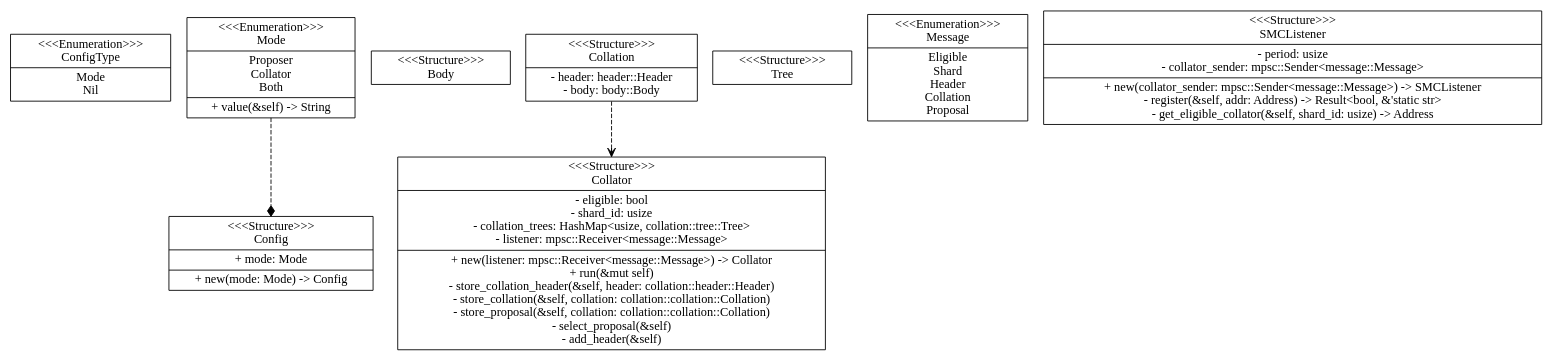
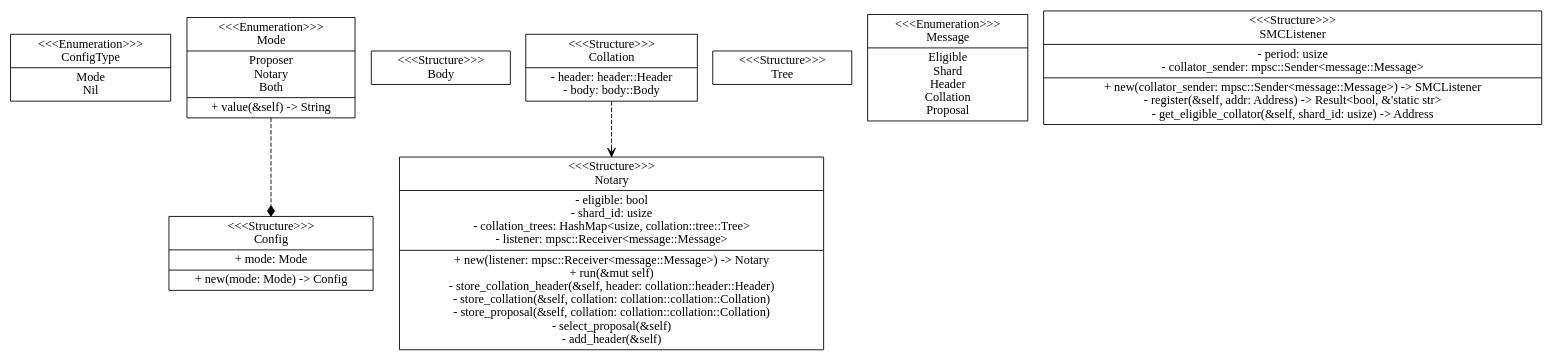
Before and after one commit to AyushyaChitransh/diamond_drops: the diagram in diagrams/ml.dot, drawn with Graphviz. The commit also changed 7 other files, not shown here.

```diff
--- a/diagrams/ml.dot
+++ b/diagrams/ml.dot
@@ -1,13 +1,13 @@
 digraph ml {
     ndConfigType[label="{&lt;&lt;&lt;Enumeration&gt;&gt;&gt;\nConfigType|Mode\nNil}"][shape="record"];
-    ndMode[label="{&lt;&lt;&lt;Enumeration&gt;&gt;&gt;\nMode|Proposer\nCollator\nBoth|+ value(&amp;self) -&gt; String}"][shape="record"];
+    ndMode[label="{&lt;&lt;&lt;Enumeration&gt;&gt;&gt;\nMode|Proposer\nNotary\nBoth|+ value(&amp;self) -&gt; String}"][shape="record"];
     ndConfig[label="{&lt;&lt;&lt;Structure&gt;&gt;&gt;\nConfig|+ mode: Mode|+ new(mode: Mode) -&gt; Config}"][shape="record"];
     ndBody[label="{&lt;&lt;&lt;Structure&gt;&gt;&gt;\nBody}"][shape="record"];
     ndCollation[label="{&lt;&lt;&lt;Structure&gt;&gt;&gt;\nCollation|- header: header::Header\n- body: body::Body}"][shape="record"];
     ndTree[label="{&lt;&lt;&lt;Structure&gt;&gt;&gt;\nTree}"][shape="record"];
-    ndCollator[label="{&lt;&lt;&lt;Structure&gt;&gt;&gt;\nCollator|- eligible: bool\n- shard_id: usize\n- collation_trees: HashMap&lt;usize, collation::tree::Tree&gt;\n- listener: mpsc::Receiver&lt;message::Message&gt;|+ new(listener: mpsc::Receiver&lt;message::Message&gt;) -&gt; Collator\n+ run(&amp;mut self)\n- store_collation_header(&amp;self, header: collation::header::Header)\n- store_collation(&amp;self, collation: collation::collation::Collation)\n- store_proposal(&amp;self, collation: collation::collation::Collation)\n- select_proposal(&amp;self)\n- add_header(&amp;self)}"][shape="record"];
     ndMessage[label="{&lt;&lt;&lt;Enumeration&gt;&gt;&gt;\nMessage|Eligible\nShard\nHeader\nCollation\nProposal}"][shape="record"];
+    ndNotary[label="{&lt;&lt;&lt;Structure&gt;&gt;&gt;\nNotary|- eligible: bool\n- shard_id: usize\n- collation_trees: HashMap&lt;usize, collation::tree::Tree&gt;\n- listener: mpsc::Receiver&lt;message::Message&gt;|+ new(listener: mpsc::Receiver&lt;message::Message&gt;) -&gt; Notary\n+ run(&amp;mut self)\n- store_collation_header(&amp;self, header: collation::header::Header)\n- store_collation(&amp;self, collation: collation::collation::Collation)\n- store_proposal(&amp;self, collation: collation::collation::Collation)\n- select_proposal(&amp;self)\n- add_header(&amp;self)}"][shape="record"];
     ndSMCListener[label="{&lt;&lt;&lt;Structure&gt;&gt;&gt;\nSMCListener|- period: usize\n- collator_sender: mpsc::Sender&lt;message::Message&gt;|+ new(collator_sender: mpsc::Sender&lt;message::Message&gt;) -&gt; SMCListener\n- register(&amp;self, addr: Address) -&gt; Result&lt;bool, &amp;\'static str&gt;\n- get_eligible_collator(&amp;self, shard_id: usize) -&gt; Address}"][shape="record"];
     ndMode -> ndConfig[label=""][style="dashed"][arrowhead="diamond"];
-    ndCollation -> ndCollator[label=""][style="dashed"][arrowhead="vee"];
+    ndCollation -> ndNotary[label=""][style="dashed"][arrowhead="vee"];
 }
```
